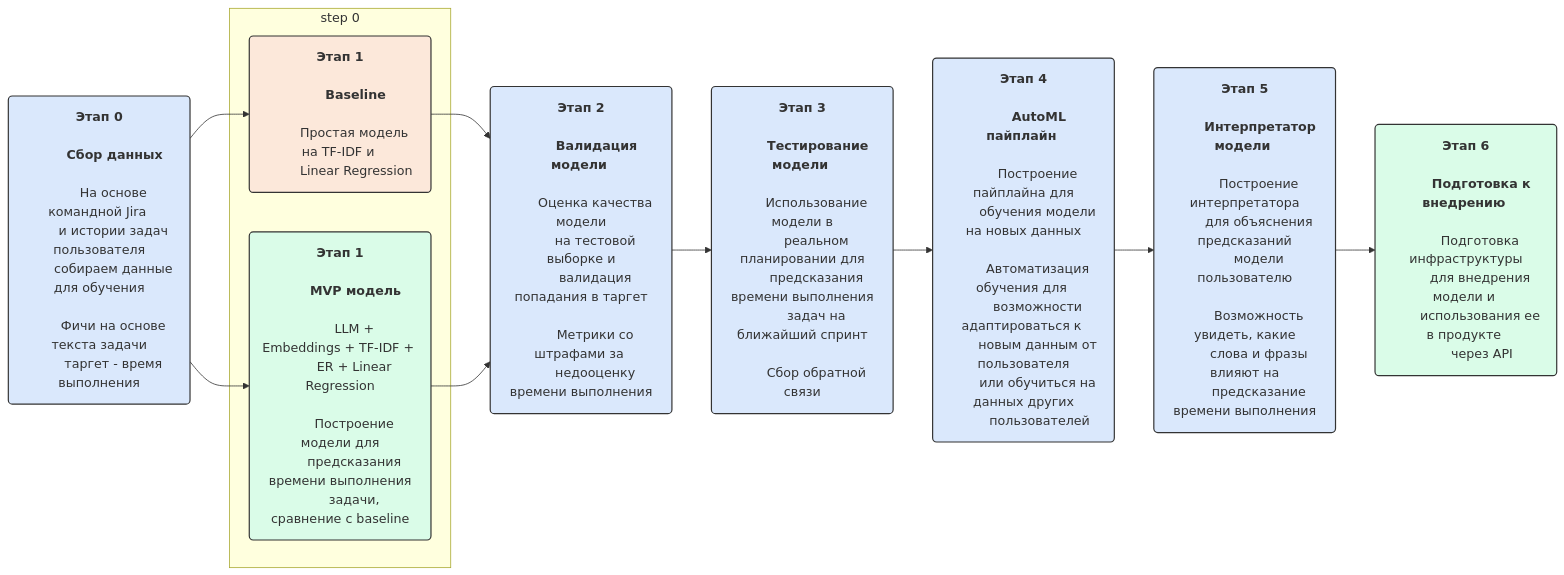
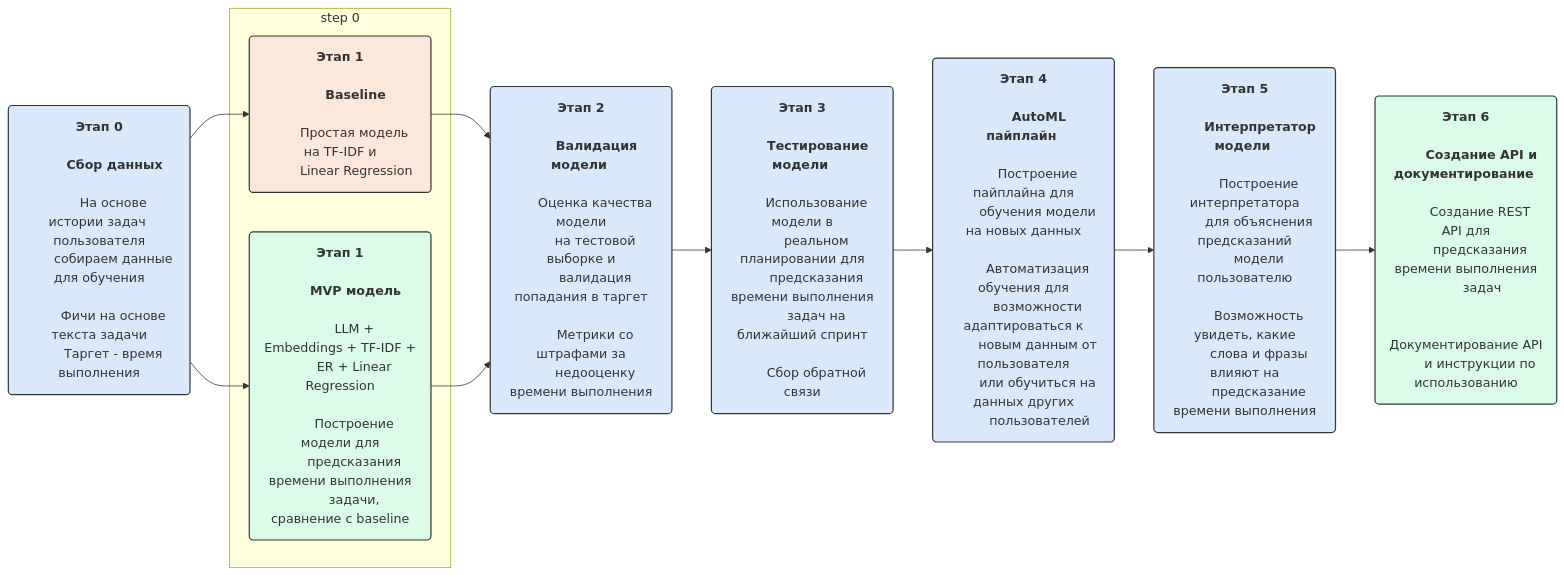
The diagram in docs/ml_system_design_doc.md (vktrbr/graphite-time-mgmnt), drawn with Mermaid before and after one commit. The commit also changed other lines of this file and 1 other file, not shown here.

````diff
--- a/docs/ml_system_design_doc.md
+++ b/docs/ml_system_design_doc.md
@@ -78,50 +77,47 @@
 ```mermaid
 flowchart LR
-
     step_0(
         <b> Этап 0 <br>
         Сбор данных </b>
         
-        На основе командной Jira 
-        и истории задач пользователя
+        На основе истории задач пользователя
         собираем данные для обучения
         
         Фичи на основе текста задачи
-        таргет - время выполнения
-    )
-    
-    step_1_baseline(
-        <b> Этап 1 <br> 
+        Таргет - время выполнения
+        )
+        
+        step_1_baseline(
+        <b> Этап 1 <br>
         Baseline <br> </b>
-        Простая модель на TF-IDF и 
+        Простая модель на TF-IDF и
         Linear Regression
-    )
-    
-    step_1_mvp(
-        <b> Этап 1 <br> 
+        )
+        
+        step_1_mvp(
+        <b> Этап 1 <br>
         MVP модель <br> </b>
-        LLM + Embeddings + TF-IDF + 
+        LLM + Embeddings + TF-IDF +
         ER + Linear Regression
         
         Построение модели для
         предсказания времени выполнения
         задачи, сравнение с baseline
-    )
-    
-    step_2(
-        <b> Этап 2 <br> 
+        )
+        
+        step_2(
+        <b> Этап 2 <br>
         Валидация модели <br> </b>
         Оценка качества модели
         на тестовой выборке и
         валидация попадания в таргет
         
-        Метрики со штрафами за 
+        Метрики со штрафами за
         недооценку времени выполнения
-    )
-    
-    
-    step_3(
-        <b> Этап 3 <br> 
+        )
+        
+        step_3(
+        <b> Этап 3 <br>
         Тестирование модели <br> </b>
         Использование модели в
         реальном планировании для
@@ -129,23 +125,23 @@
         задач на ближайший спринт
         
         Сбор обратной связи
-    )
-    
-    step_4(
-        <b> Этап 4 <br> 
+        )
+        
+        step_4(
+        <b> Этап 4 <br>
         AutoML пайплайн <br> </b>
         Построение пайплайна для
         обучения модели на новых данных
         
-        Автоматизация обучения для 
-        возможности адаптироваться к 
+        Автоматизация обучения для
+        возможности адаптироваться к
         новым данным от пользователя
         или обучиться на данных других
         пользователей
-    )
-    
-    step_5(
-        <b> Этап 5 <br> 
+        )
+        
+        step_5(
+        <b> Этап 5 <br>
         Интерпретатор модели <br> </b>
         Построение интерпретатора
         для объяснения предсказаний
@@ -154,39 +150,41 @@
         Возможность увидеть, какие
         слова и фразы влияют на
         предсказание времени выполнения
-    )
-    
-    step_6(
-        <b> Этап 6 <br> 
-        Подготовка к внедрению <br> </b>
-        Подготовка инфраструктуры
-        для внедрения модели и 
-        использования ее в продукте 
-        через API
-    )
-    
-    subgraph step 0
+        )
+        
+        step_6(
+        <b> Этап 6 <br>
+        Создание API и документирование <br> </b>
+        Создание REST API для
+        предсказания времени выполнения
+        задач
+        
+        Документирование API
+        и инструкции по использованию
+        )
+        
+        subgraph step 0
         step_1_baseline
         step_1_mvp
-    end
-    
-    step_0 --> step_1_baseline
-    step_0 --> step_1_mvp
-    step_1_baseline --> step_2
-    step_1_mvp --> step_2
-    step_2 --> step_3
-    step_3 --> step_4
-    step_4 --> step_5
-    step_5 --> step_6
-    
-    style step_0 fill:#dae8fc,stroke:#333,stroke-width:1.5px
-    style step_1_baseline fill:#fce8da,stroke:#333,stroke-width:1.5px
-    style step_1_mvp fill:#dafce8,stroke:#333,stroke-width:1.5px
-    style step_2 fill:#dae8fc,stroke:#333,stroke-width:1.5px
-    style step_3 fill:#dae8fc,stroke:#333,stroke-width:1.5px
-    style step_4 fill:#dae8fc,stroke:#333,stroke-width:1.5px
-    style step_5 fill:#dae8fc,stroke:#333,stroke-width:1.5px
-    style step_6 fill:#dafce8,stroke:#333,stroke-width:1.5px
-    
+        end
+        
+        step_0 --> step_1_baseline
+        step_0 --> step_1_mvp
+        step_1_baseline --> step_2
+        step_1_mvp --> step_2
+        step_2 --> step_3
+        step_3 --> step_4
+        step_4 --> step_5
+        step_5 --> step_6
+        
+        style step_0 fill: #dae8fc, stroke: #333, stroke-width: 1.5px
+        style step_1_baseline fill: #fce8da, stroke: #333, stroke-width: 1.5px
+        style step_1_mvp fill: #dafce8, stroke: #333, stroke-width: 1.5px
+        style step_2 fill: #dae8fc, stroke: #333, stroke-width: 1.5px
+        style step_3 fill: #dae8fc, stroke: #333, stroke-width: 1.5px
+        style step_4 fill: #dae8fc, stroke: #333, stroke-width: 1.5px
+        style step_5 fill: #dae8fc, stroke: #333, stroke-width: 1.5px
+        style step_6 fill: #dafce8, stroke: #333, stroke-width: 1.5px
+
 
 ```
````
